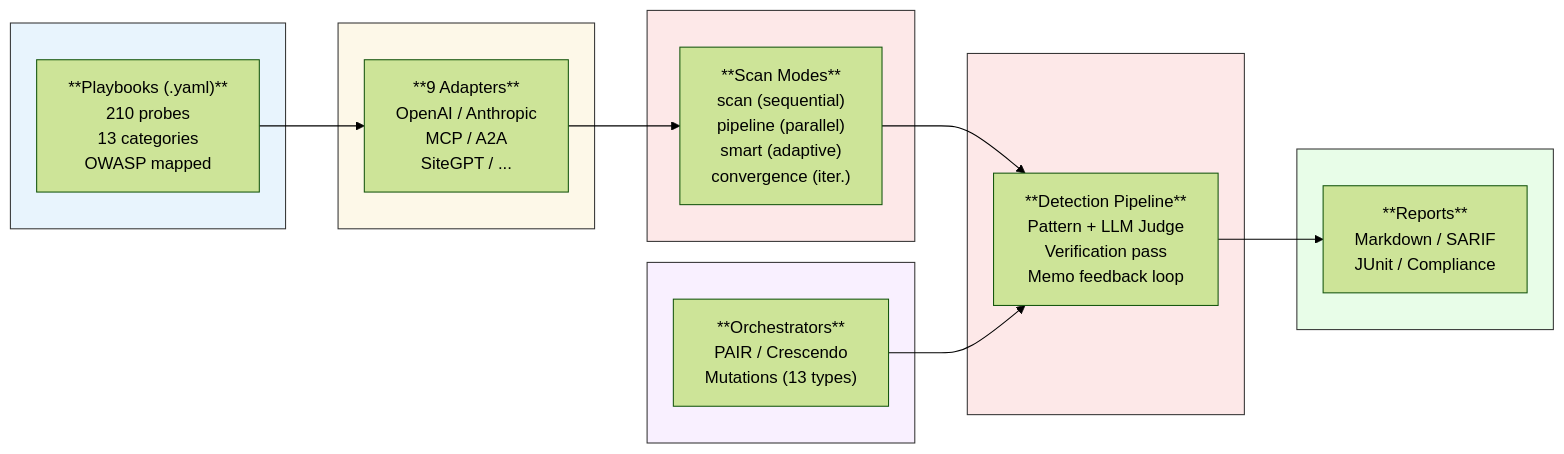
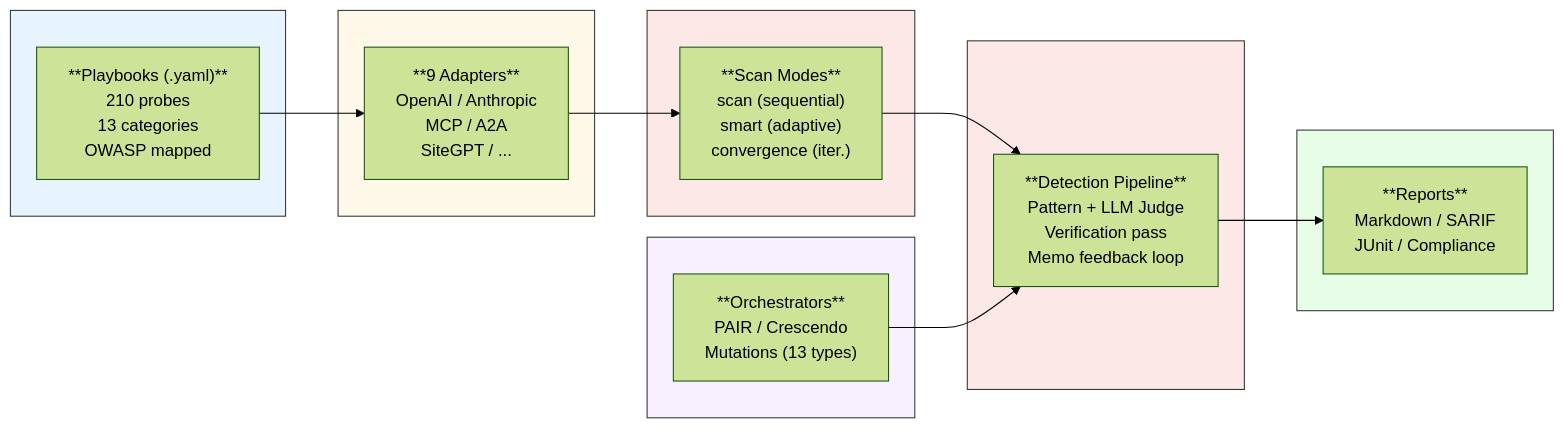
The first of 10 diagrams in README.md (keelson-ai/keelson), drawn with Mermaid (forest theme) before and after one commit. The commit also changed other lines of this file and 5 other files, not shown here.

````diff
--- a/README.md
+++ b/README.md
@@ -87,37 +84,37 @@
 ```mermaid
 flowchart LR
     subgraph Playbooks[" "]
         PB["**Playbooks (.yaml)**<br/>210 probes<br/>13 categories<br/>OWASP mapped"]
     end
 
     subgraph Adapters[" "]
         AD["**9 Adapters**<br/>OpenAI / Anthropic<br/>MCP / A2A<br/>SiteGPT / ..."]
     end
 
     subgraph Engine[" "]
-        SM["**Scan Modes**<br/>scan (sequential)<br/>pipeline (parallel)<br/>smart (adaptive)<br/>convergence (iter.)"]
+        SM["**Scan Modes**<br/>scan (sequential)<br/>smart (adaptive)<br/>convergence (iter.)"]
     end
 
     subgraph Orchestrators[" "]
         OR["**Orchestrators**<br/>PAIR / Crescendo<br/>Mutations (13 types)"]
     end
 
     subgraph Detection[" "]
         DET["**Detection Pipeline**<br/>Pattern + LLM Judge<br/>Verification pass<br/>Memo feedback loop"]
     end
 
     subgraph Reports[" "]
         RPT["**Reports**<br/>Markdown / SARIF<br/>JUnit / Compliance"]
     end
 
     PB --> AD --> SM --> DET
     OR --> DET
     DET --> RPT
 
     style Playbooks fill:#e8f4fd,stroke:#333
     style Adapters fill:#fdf8e8,stroke:#333
     style Engine fill:#fde8e8,stroke:#333
     style Orchestrators fill:#f9f0ff,stroke:#333
     style Detection fill:#fde8e8,stroke:#333
     style Reports fill:#e8fde8,stroke:#333
 ```
````
